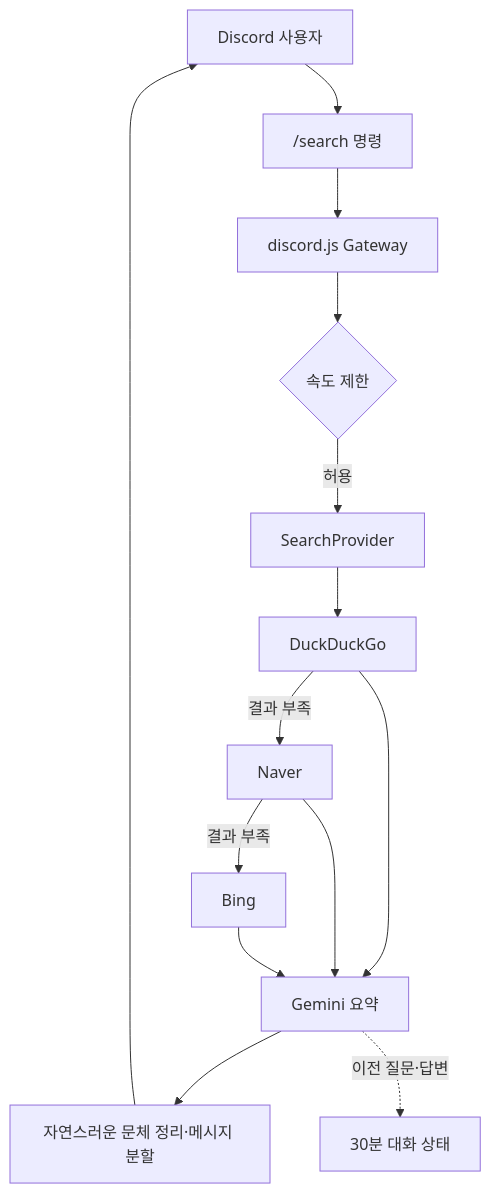
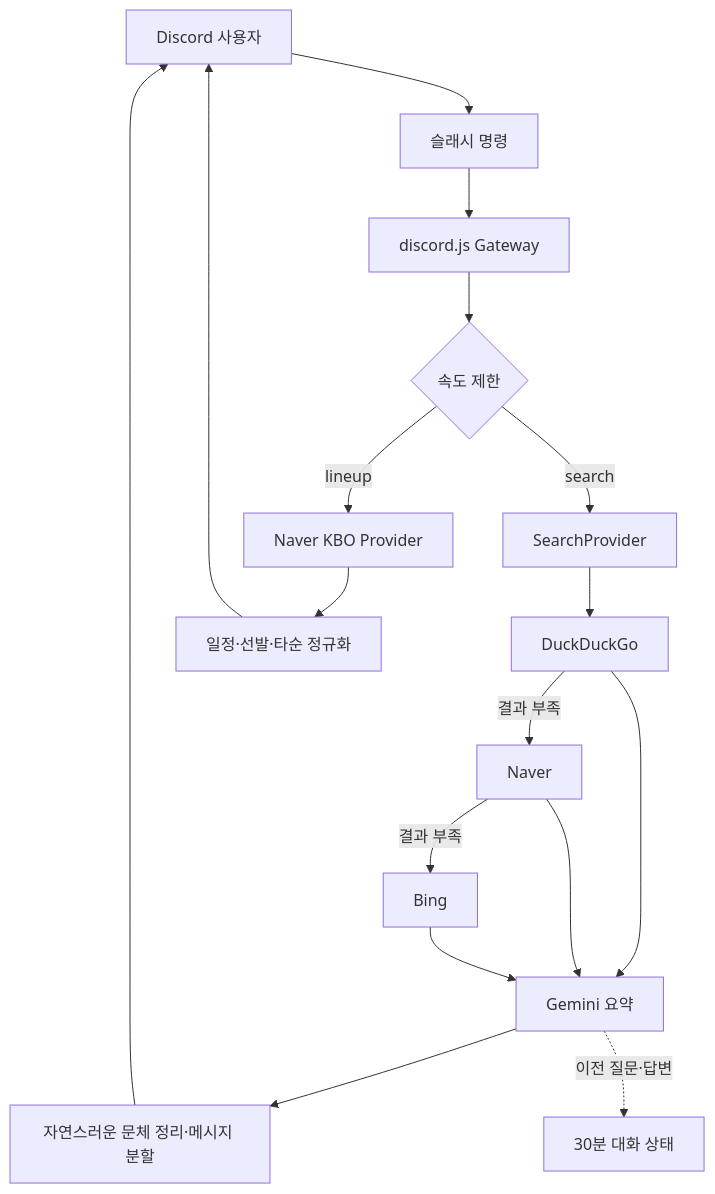
Before and after one commit to ymkzz123/discord-bot-boodae: the diagram in README.md, drawn with Mermaid. The commit also changed other lines of this file and 25 other files, not shown here.

Commit message:
feat: add Naver Sports KBO lineup command

````diff
--- a/README.md
+++ b/README.md
@@ -36,16 +38,19 @@
 ```mermaid
 flowchart TD
-    U["Discord 사용자"] --> C["/search 명령"]
+    U["Discord 사용자"] --> C["슬래시 명령"]
     C --> G["discord.js Gateway"]
     G --> L{"속도 제한"}
-    L -->|허용| P["SearchProvider"]
+    L -->|search| P["SearchProvider"]
+    L -->|lineup| K["Naver KBO Provider"]
     P --> D["DuckDuckGo"]
     D -->|결과 부족| N["Naver"]
     N -->|결과 부족| B["Bing"]
     D --> M["Gemini 요약"]
     N --> M
     B --> M
     M --> F["자연스러운 문체 정리·메시지 분할"]
     F --> U
+    K --> KF["일정·선발·타순 정규화"]
+    KF --> U
     M -. 이전 질문·답변 .-> S["30분 대화 상태"]
 ```
````
